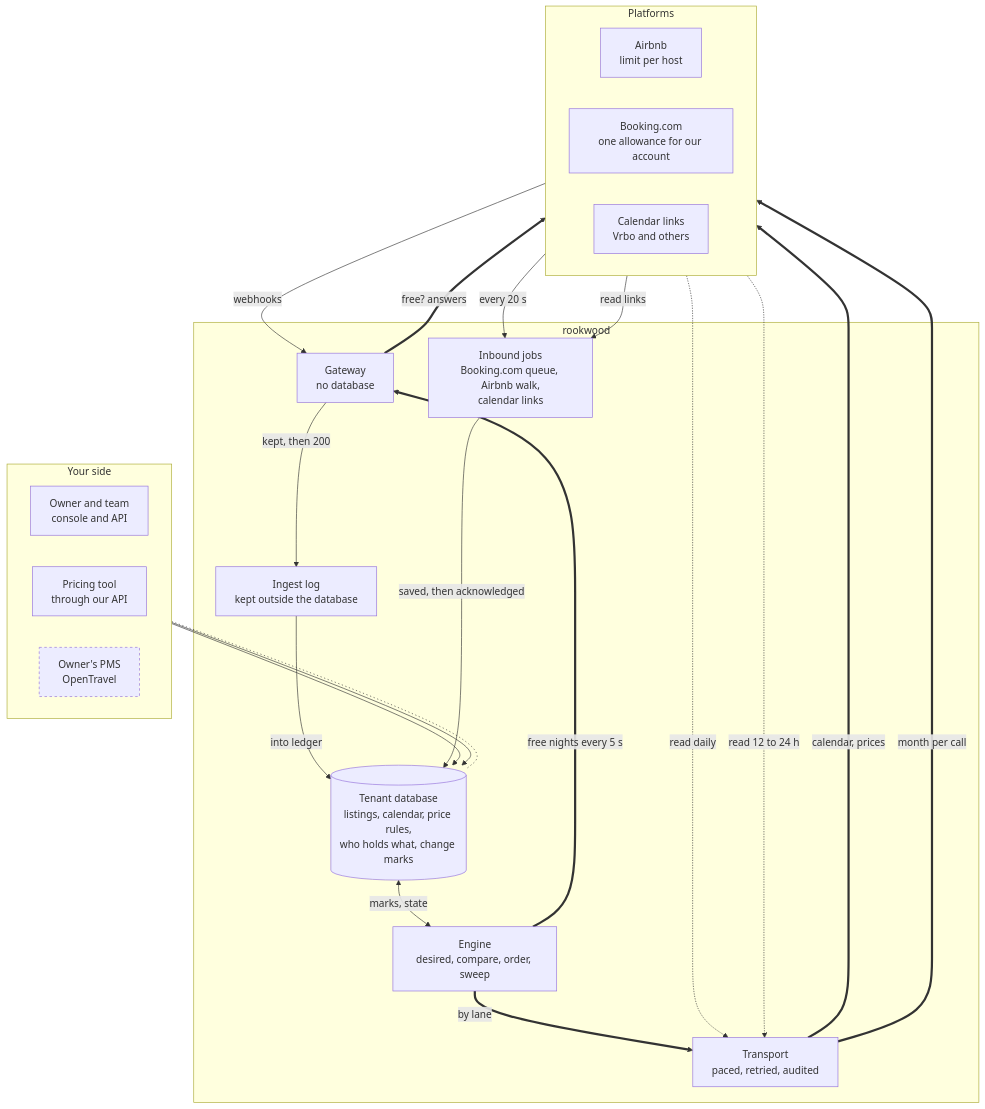
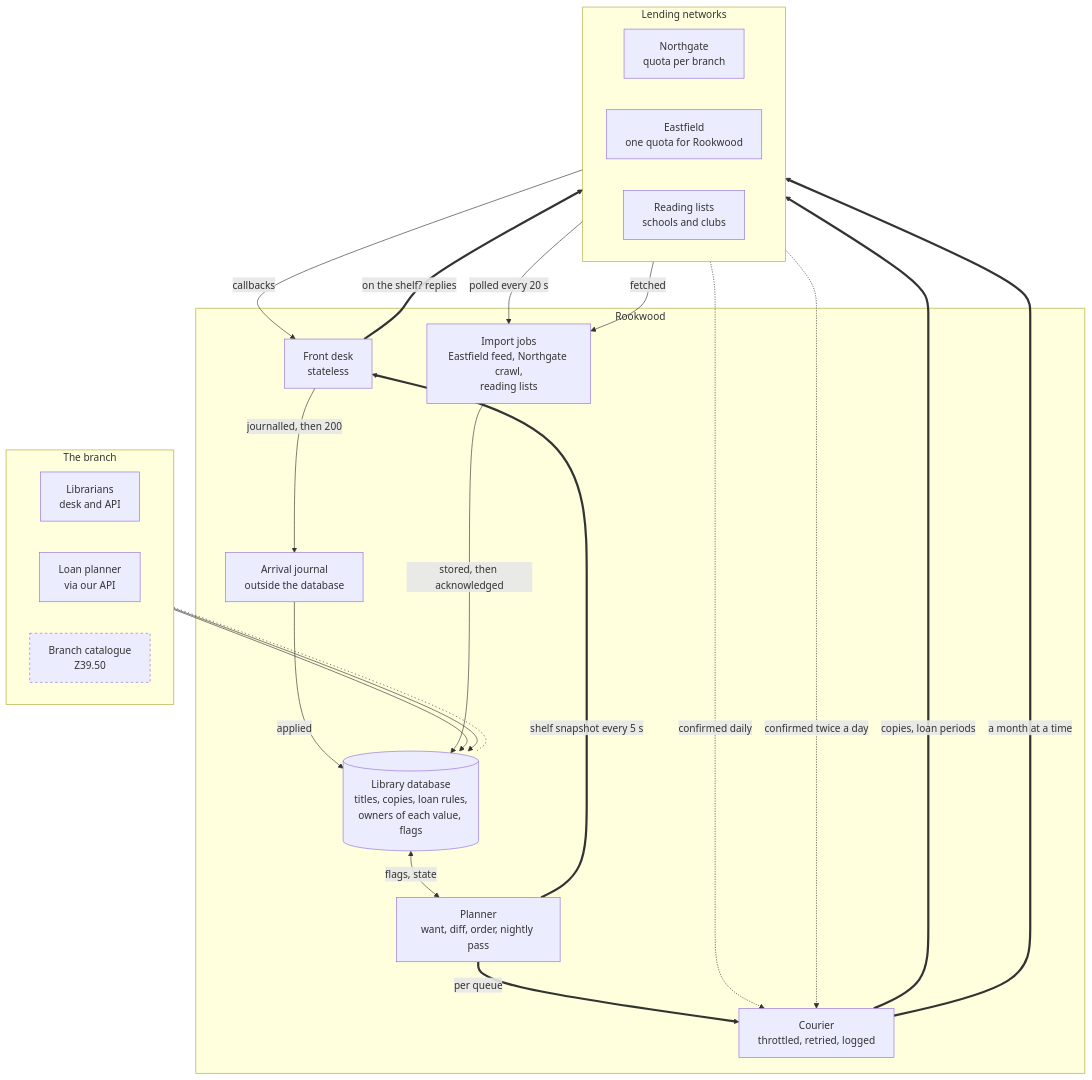
The first of 7 diagrams in packages/markdown/corpus/20-architecture-map.md (Neaox/quill), drawn with Mermaid before and after one commit. The commit also changed other lines of this file and 90 other files, not shown here.

````diff
--- a/packages/markdown/corpus/20-architecture-map.md
+++ b/packages/markdown/corpus/20-architecture-map.md
@@ -16,49 +16,49 @@
 ```mermaid
 flowchart TB
-  accTitle: The loop
-  accDescr: Facts enter through the gateway and inbound jobs into the tenant database; the engine compares desired with sent and seen state and sends through the transport to Airbnb and Booking.com, reading back to check.
+  accTitle: The cycle
+  accDescr: Arrivals from the networks and the import jobs land in the library database; the planner works out each network's view and the courier writes it to Northgate and Eastfield, confirming afterwards.
 
-  subgraph yours [Your side]
+  subgraph branch [The branch]
     direction LR
-    owner["Owner and team<br>console and API"]
-    pricing["Pricing tool<br>through our API"]
-    pms["Owner's PMS<br>OpenTravel"]:::planned
+    staff["Librarians<br>desk and API"]
+    planner["Loan planner<br>via our API"]
+    ils["Branch catalogue<br>Z39.50"]:::planned
   end
 
-  subgraph rookwood [rookwood]
-    db[("Tenant database<br>listings, calendar, price rules,<br>who holds what, change marks")]
-    ingest["Ingest log<br>kept outside the database"]
-    engine["Engine<br>desired, compare, order, sweep"]
-    gateway["Gateway<br>no database"]
-    transport["Transport<br>paced, retried, audited"]
-    inbound["Inbound jobs<br>Booking.com queue, Airbnb walk,<br>calendar links"]
+  subgraph rookwood [Rookwood]
+    db[("Library database<br>titles, copies, loan rules,<br>owners of each value, flags")]
+    journal["Arrival journal<br>outside the database"]
+    planner2["Planner<br>want, diff, order, nightly pass"]
+    desk["Front desk<br>stateless"]
+    courier["Courier<br>throttled, retried, logged"]
+    imports["Import jobs<br>Eastfield feed, Northgate crawl,<br>reading lists"]
   end
 
-  subgraph platforms [Platforms]
+  subgraph outside [Lending networks]
     direction LR
-    airbnb["Airbnb<br>limit per host"]
-    booking["Booking.com<br>one allowance for our account"]
-    links["Calendar links<br>Vrbo and others"]
+    northgate["Northgate<br>quota per branch"]
+    eastfield["Eastfield<br>one quota for Rookwood"]
+    lists["Reading lists<br>schools and clubs"]
   end
 
-  owner --> db
-  pricing --> db
-  pms -.- db
-  airbnb -->|webhooks| gateway
-  gateway -->|kept, then 200| ingest
-  ingest -->|into ledger| db
-  db <-->|marks, state| engine
-  engine ==>|free nights every 5 s| gateway
-  gateway ==>|free? answers| airbnb
-  engine ==>|by lane| transport
-  transport ==>|calendar, prices| airbnb
-  transport ==>|month per call| booking
-  airbnb -.->|read daily| transport
-  booking -.->|read 12 to 24 h| transport
-  booking -->|every 20 s| inbound
-  links -->|read links| inbound
-  inbound -->|saved, then acknowledged| db
+  staff --> db
+  planner --> db
+  ils -.- db
+  northgate -->|callbacks| desk
+  desk -->|journalled, then 200| journal
+  journal -->|applied| db
+  db <-->|flags, state| planner2
+  planner2 ==>|shelf snapshot every 5 s| desk
+  desk ==>|on the shelf? replies| northgate
+  planner2 ==>|per queue| courier
+  courier ==>|copies, loan periods| northgate
+  courier ==>|a month at a time| eastfield
+  northgate -.->|confirmed daily| courier
+  eastfield -.->|confirmed twice a day| courier
+  eastfield -->|polled every 20 s| imports
+  lists -->|fetched| imports
+  imports -->|stored, then acknowledged| db
 
   classDef planned stroke-dasharray: 4 4
   linkStyle 2 stroke-dasharray: 2 4
 ```
````
